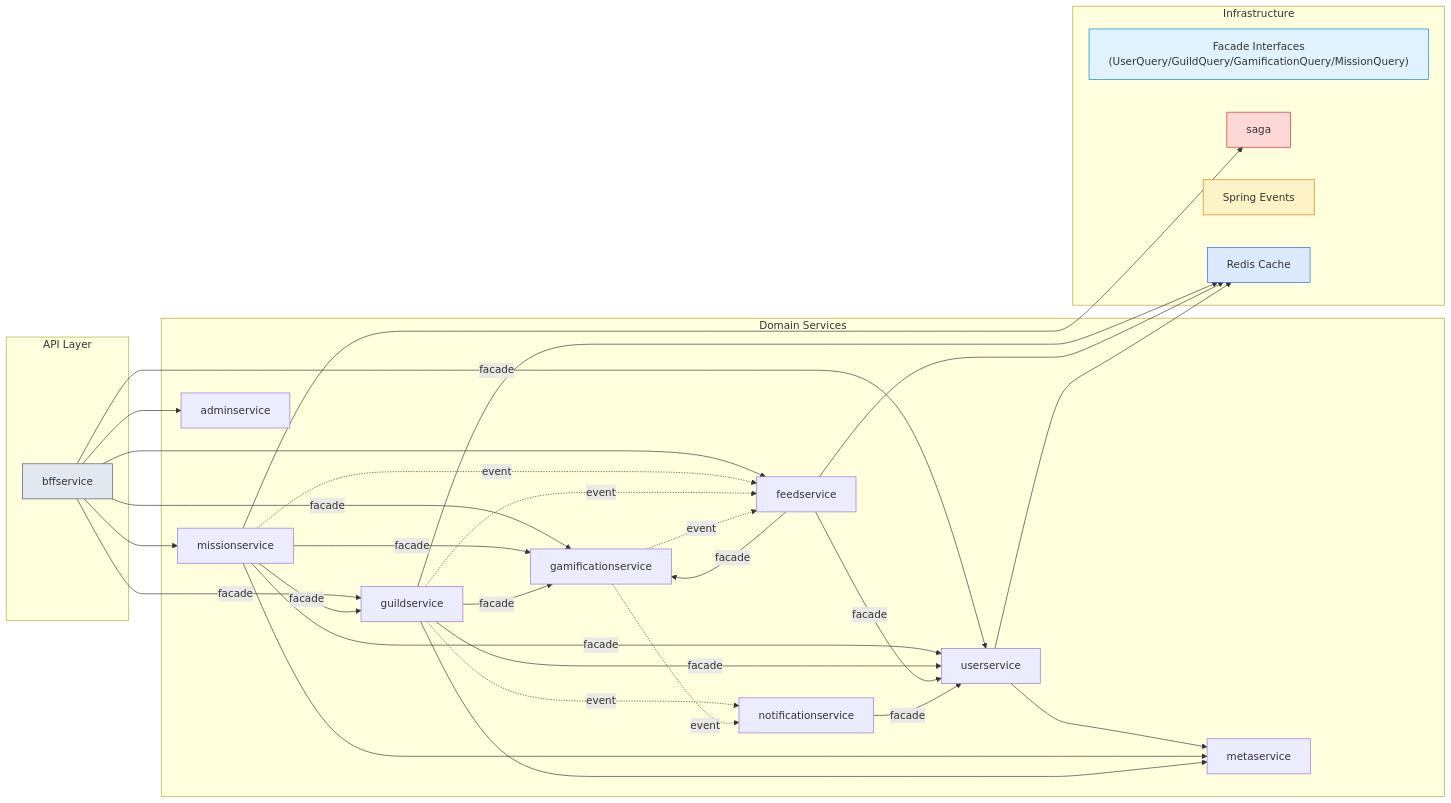
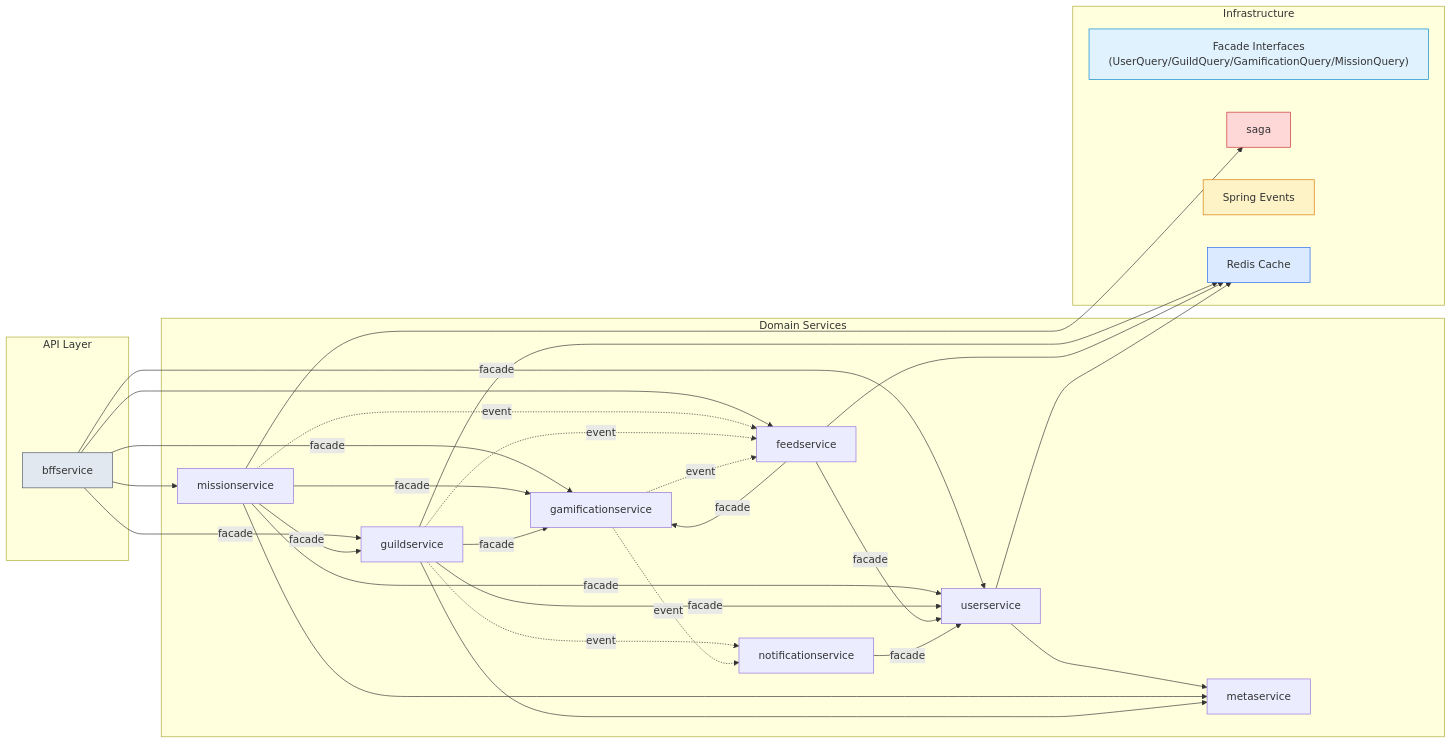
The second of 4 diagrams in README.md (Level-Up-Together/product-service), drawn with Mermaid before and after one commit. The commit also changed other lines of this file and 1 other file, not shown here.

````diff
--- a/README.md
+++ b/README.md
@@ -151,63 +155,61 @@
 ```mermaid
 graph LR
     subgraph "API Layer"
         BFF["bffservice"]
     end
 
     subgraph "Domain Services"
         USER["userservice"]
         MISSION["missionservice"]
         GUILD["guildservice"]
         FEED["feedservice"]
         NOTIF["notificationservice"]
-        ADMIN["adminservice"]
         META["metaservice"]
         GAMIF["gamificationservice"]
     end
 
     subgraph "Infrastructure"
         FACADE["Facade Interfaces<br/>(UserQuery/GuildQuery/GamificationQuery/MissionQuery)"]
         SAGA["saga"]
         EVENTS["Spring Events"]
         CACHE["Redis Cache"]
     end
 
     BFF -->|facade| USER
     BFF -->|facade| GUILD
     BFF -->|facade| GAMIF
     BFF --> MISSION
     BFF --> FEED
-    BFF --> ADMIN
 
     MISSION -->|facade| USER
     MISSION -->|facade| GUILD
     MISSION -->|facade| GAMIF
     MISSION --> SAGA
     MISSION -.->|event| FEED
 
     GUILD -->|facade| USER
     GUILD -->|facade| GAMIF
     GUILD -.->|event| FEED
     GUILD -.->|event| NOTIF
     GUILD --> CACHE
 
     FEED -->|facade| USER
     FEED -->|facade| GAMIF
     FEED --> CACHE
 
     NOTIF -->|facade| USER
 
     USER --> META
     USER --> CACHE
     MISSION --> META
     GUILD --> META
 
     GAMIF -.->|event| NOTIF
     GAMIF -.->|event| FEED
 
     style BFF fill:#e2e8f0,stroke:#4a5568
     style FACADE fill:#e0f2fe,stroke:#0284c7
     style SAGA fill:#fed7d7,stroke:#c53030
     style EVENTS fill:#fef3c7,stroke:#d97706
     style CACHE fill:#dbeafe,stroke:#2563eb
 ```
````
